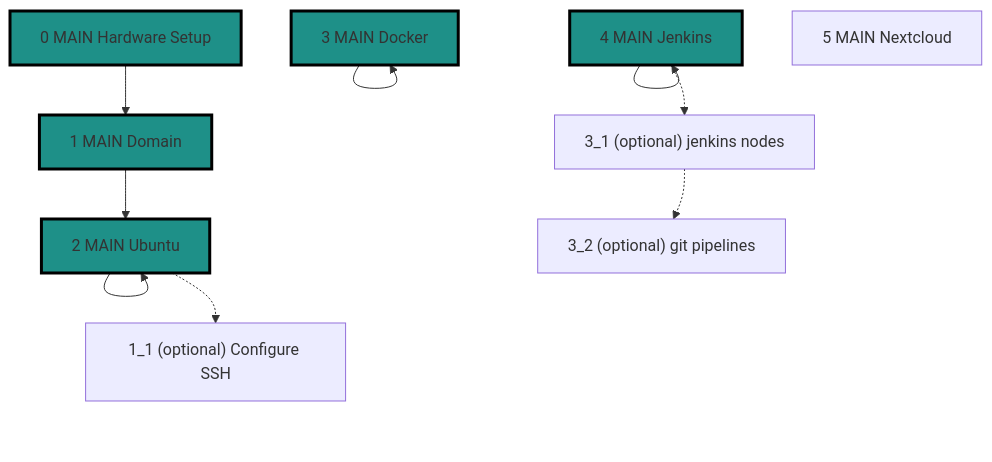
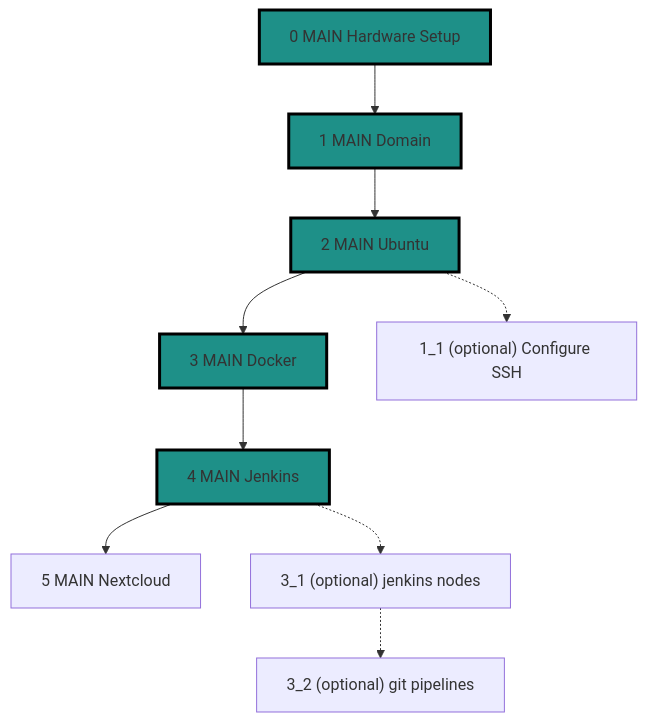
The diagram in README.md (slreynolds/decentralize-your-internet), drawn with Mermaid before and after one commit.

Commit message:
fix mermaid maybe

````diff
--- a/README.md
+++ b/README.md
@@ -2,18 +2,18 @@
 ```mermaid
 flowchart TD
     0["0 MAIN Hardware Setup"] --> 1
     1["1 MAIN Domain"] --> 2
-    2["2 MAIN Ubuntu"] --> 2
-    3["3 MAIN Docker"] --> 3
-    4["4 MAIN Jenkins"] --> 4
+    2["2 MAIN Ubuntu"] --> 3
+    3["3 MAIN Docker"] --> 4
+    4["4 MAIN Jenkins"] --> 5
     5["5 MAIN Nextcloud"]
     2 -.-> 2_1["1_1 (optional) Configure SSH"]
     4 -.-> 4_1["3_1 (optional) jenkins nodes"]
     4_1 -.-> 4_2["3_2 (optional) git pipelines"]
     
     style 0 fill:#1E9088,stroke:#000,stroke-width:3px
     style 1 fill:#1E9088,stroke:#000,stroke-width:3px
     style 2 fill:#1E9088,stroke:#000,stroke-width:3px
     style 3 fill:#1E9088,stroke:#000,stroke-width:3px
     style 4 fill:#1E9088,stroke:#000,stroke-width:3px
 ```
````
